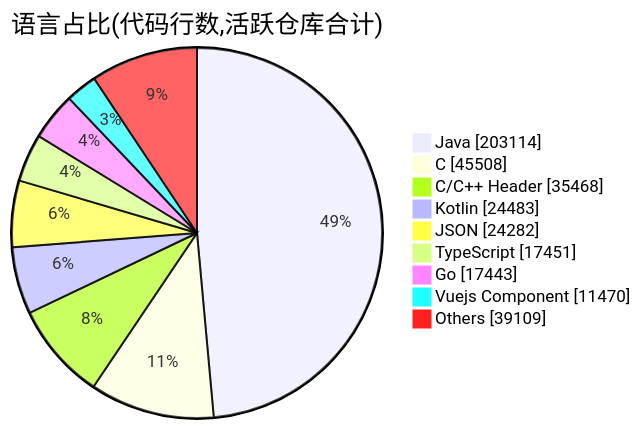
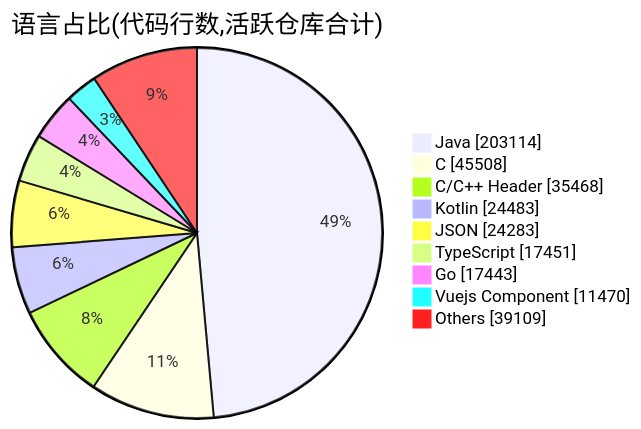
One commit to Conflux-Union/.github changed the second of 2 diagrams in profile/README.md. Above: the diagram before and after it, drawn with Mermaid. The commit also changed other lines of this file and 1 other file, not shown here.

````diff
--- a/profile/README.md
+++ b/profile/README.md
@@ -82,13 +82,13 @@
 ```mermaid
 pie showData
     title 语言占比(代码行数,活跃仓库合计)
     "Java" : 203114
     "C" : 45508
     "C/C++ Header" : 35468
     "Kotlin" : 24483
-    "JSON" : 24282
+    "JSON" : 24283
     "TypeScript" : 17451
     "Go" : 17443
     "Vuejs Component" : 11470
     "Others" : 39109
 ```
````
